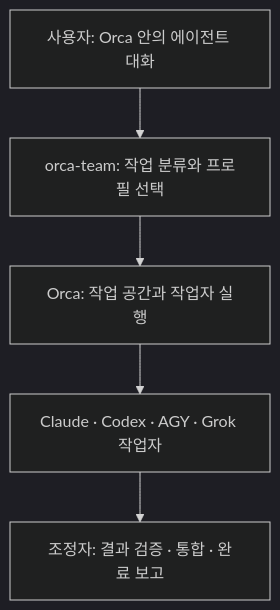
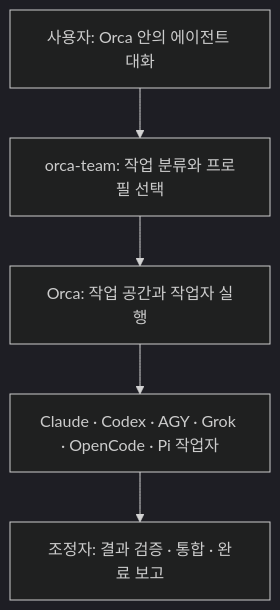
The diagram in README.md (HashCitrine/orca-orchestration-kit), drawn with Mermaid (dark theme) before and after one commit. The commit also changed other lines of this file and 15 other files, not shown here.

First line of the commit message:
Support OpenCode and Pi workers

````diff
--- a/README.md
+++ b/README.md
@@ -17,7 +17,7 @@
 ```mermaid
 flowchart TD
     U[사용자: Orca 안의 에이전트 대화] --> S[orca-team: 작업 분류와 프로필 선택]
     S --> O[Orca: 작업 공간과 작업자 실행]
-    O --> A[Claude · Codex · AGY · Grok 작업자]
+    O --> A[Claude · Codex · AGY · Grok · OpenCode · Pi 작업자]
     A --> R[조정자: 결과 검증 · 통합 · 완료 보고]
 ```
````
